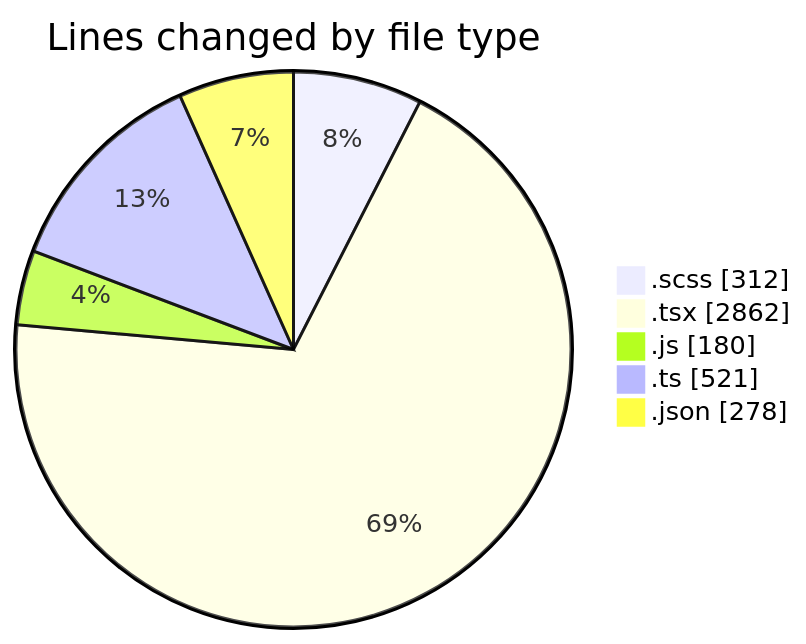
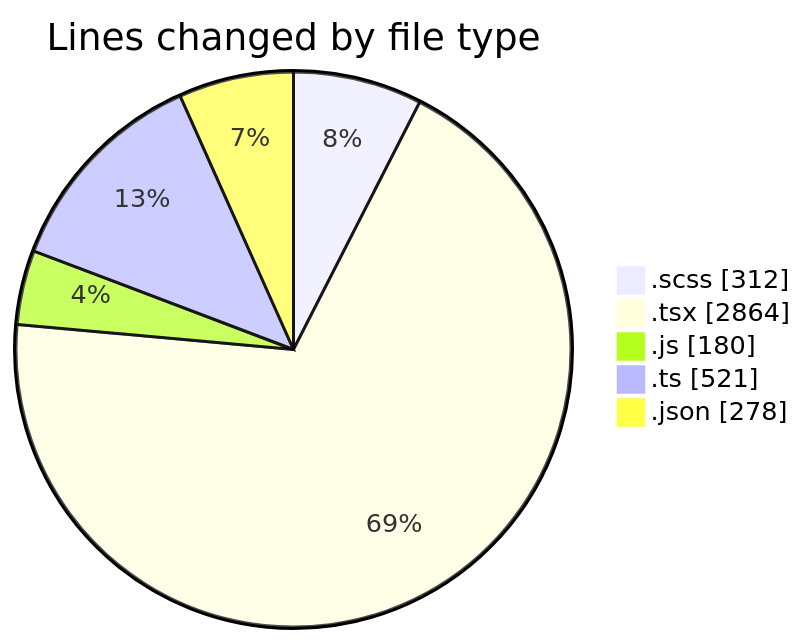
Before and after one commit to momahboobian/code-tracking: the first of 2 diagrams in 2026-08-10/cda/README.md, drawn with Mermaid. The commit also changed other lines of this file and 1 other file, not shown here.

````diff
--- a/2026-08-10/cda/README.md
+++ b/2026-08-10/cda/README.md
@@ -32,9 +32,9 @@
 ```mermaid
 pie showData
 title Lines changed by file type
 ".scss" : 312
-".tsx" : 2862
+".tsx" : 2864
 ".js" : 180
 ".ts" : 521
 ".json" : 278
 ```
````
